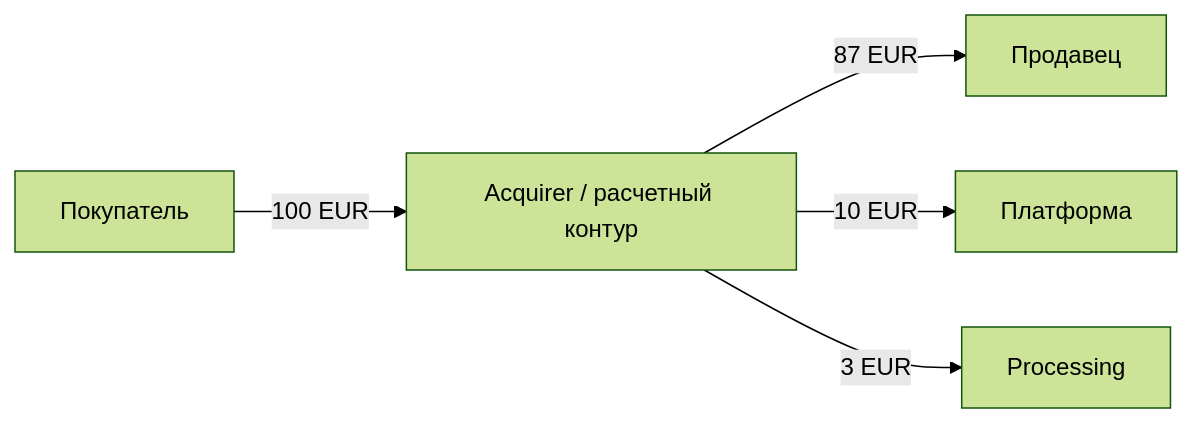
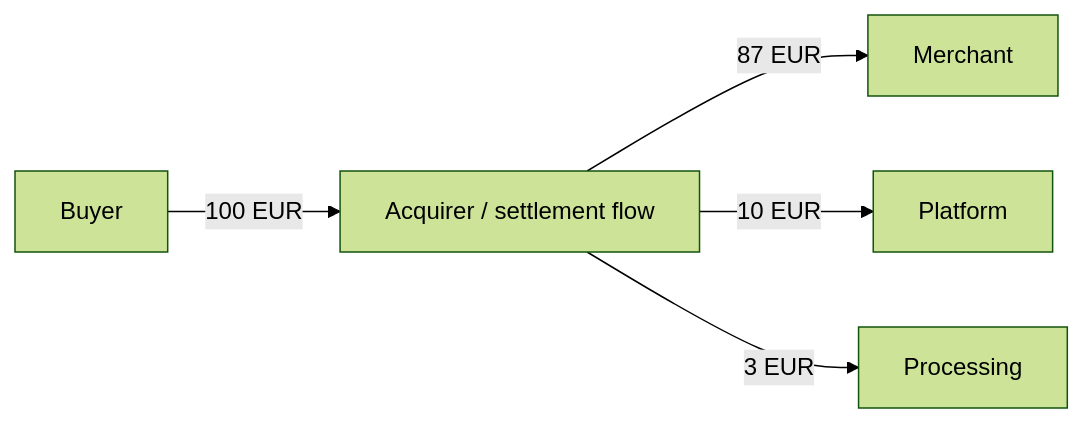
One commit to nuanu-ai/fintech-textbook-2026 changed the sixth of 11 diagrams in Textbook/01-Market-rules-and-licensing/README.md. Above: the diagram before and after it, drawn with Mermaid (forest theme). The commit also changed other lines of this file and 78 other files, not shown here.

````diff
--- a/Textbook/01-Market-rules-and-licensing/README.md
+++ b/Textbook/01-Market-rules-and-licensing/README.md
@@ -159,7 +159,7 @@
 ```mermaid
 flowchart LR
- B[Покупатель] -->|100 EUR| AC[Acquirer / расчетный контур]
- AC -->|87 EUR| M[Продавец]
- AC -->|10 EUR| PF[Платформа]
+ B[Buyer] -->|100 EUR| AC[Acquirer / settlement flow]
+ AC -->|87 EUR| M[Merchant]
+ AC -->|10 EUR| PF[Platform]
  AC -->|3 EUR| F[Processing]
 ```
````
